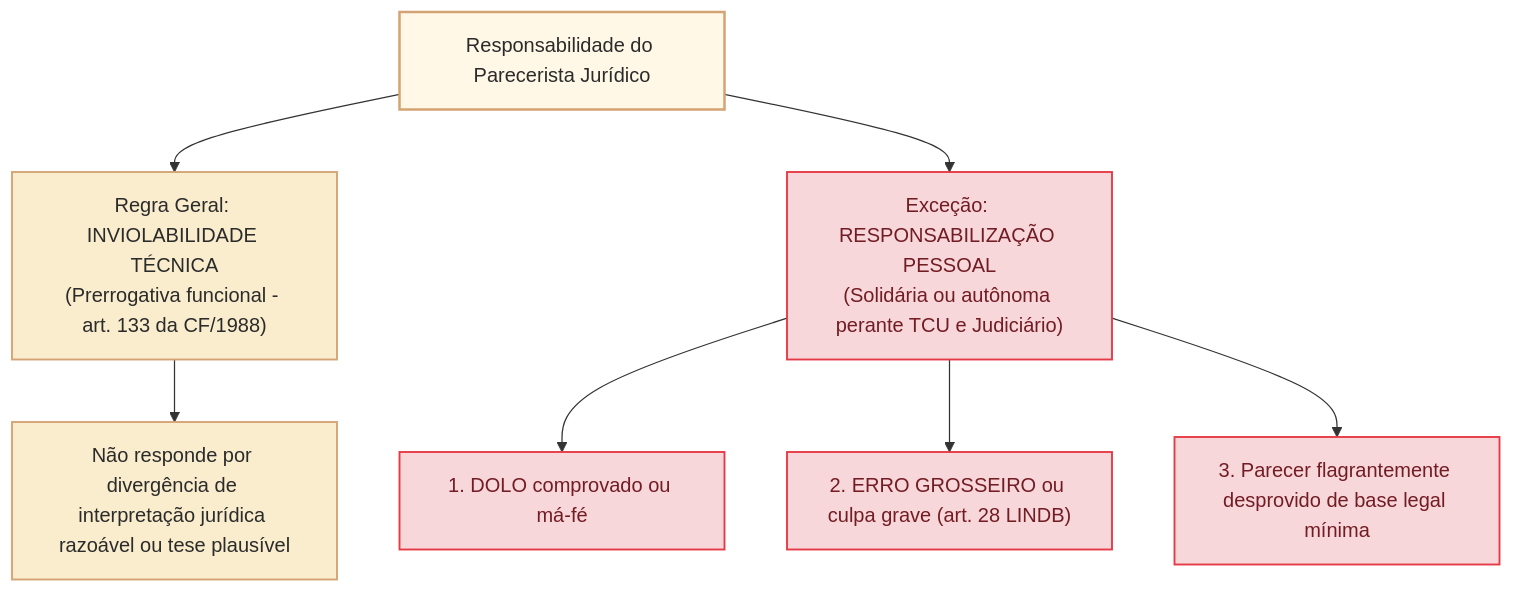
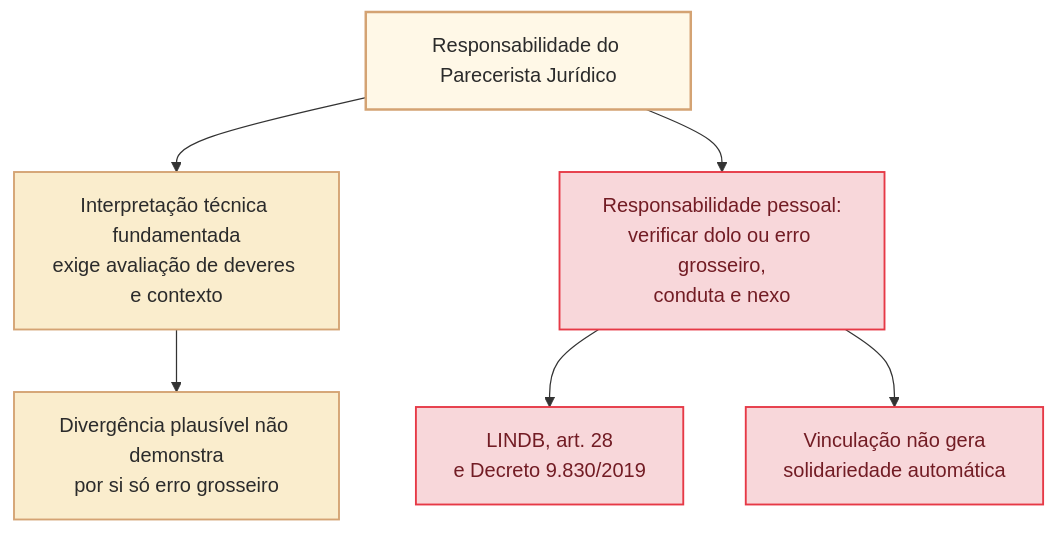
The second of 2 diagrams in 3 - Materias/Direito Administrativo/18 - parecer administrativo natureza tipos e responsabilidade do parecerista.md (leorruas/concursos), drawn with Mermaid before and after one commit. The commit also changed other lines of this file, not shown here.

Commit message:
fix(DA18): harmonizar diagramas e bibliografia com regras corrigidas

````diff
--- a/3 - Materias/Direito Administrativo/18 - parecer administrativo natureza tipos e responsabilidade do parecerista.md
+++ b/3 - Materias/Direito Administrativo/18 - parecer administrativo natureza tipos e responsabilidade do parecerista.md
@@ -80,16 +80,15 @@
 ```mermaid
 flowchart TD
     classDef raiz fill:#fff8e7,stroke:#d4a373,stroke-width:2px,color:#2b2b2b;
     classDef regra fill:#faedcd,stroke:#d4a373,stroke-width:1.5px,color:#2b2b2b;
     classDef excecao fill:#f8d7da,stroke:#e63946,stroke-width:1.5px,color:#721c24;
 
     A["Responsabilidade do Parecerista Jurídico"]:::raiz
 
-    A --> B["Regra Geral: INVIOLABILIDADE TÉCNICA<br/>(Prerrogativa funcional - art. 133 da CF/1988)"]:::regra
-    B --> B1["Não responde por divergência de interpretação jurídica razoável ou tese plausível"]:::regra
+    A --> B["Interpretação técnica fundamentada<br/>exige avaliação de deveres e contexto"]:::regra
+    B --> B1["Divergência plausível não demonstra<br/>por si só erro grosseiro"]:::regra
 
-    A --> C["Exceção: RESPONSABILIZAÇÃO PESSOAL<br/>(Solidária ou autônoma perante TCU e Judiciário)"]:::excecao
-    C --> C1["1. DOLO comprovado ou má-fé"]:::excecao
-    C --> C2["2. ERRO GROSSEIRO ou culpa grave (art. 28 LINDB)"]:::excecao
-    C --> C3["3. Parecer flagrantemente desprovido de base legal mínima"]:::excecao
+    A --> C["Responsabilidade pessoal:<br/>verificar dolo ou erro grosseiro,<br/>conduta e nexo"]:::excecao
+    C --> C1["LINDB, art. 28<br/>e Decreto 9.830/2019"]:::excecao
+    C --> C2["Vinculação não gera<br/>solidariedade automática"]:::excecao
 ```
````
